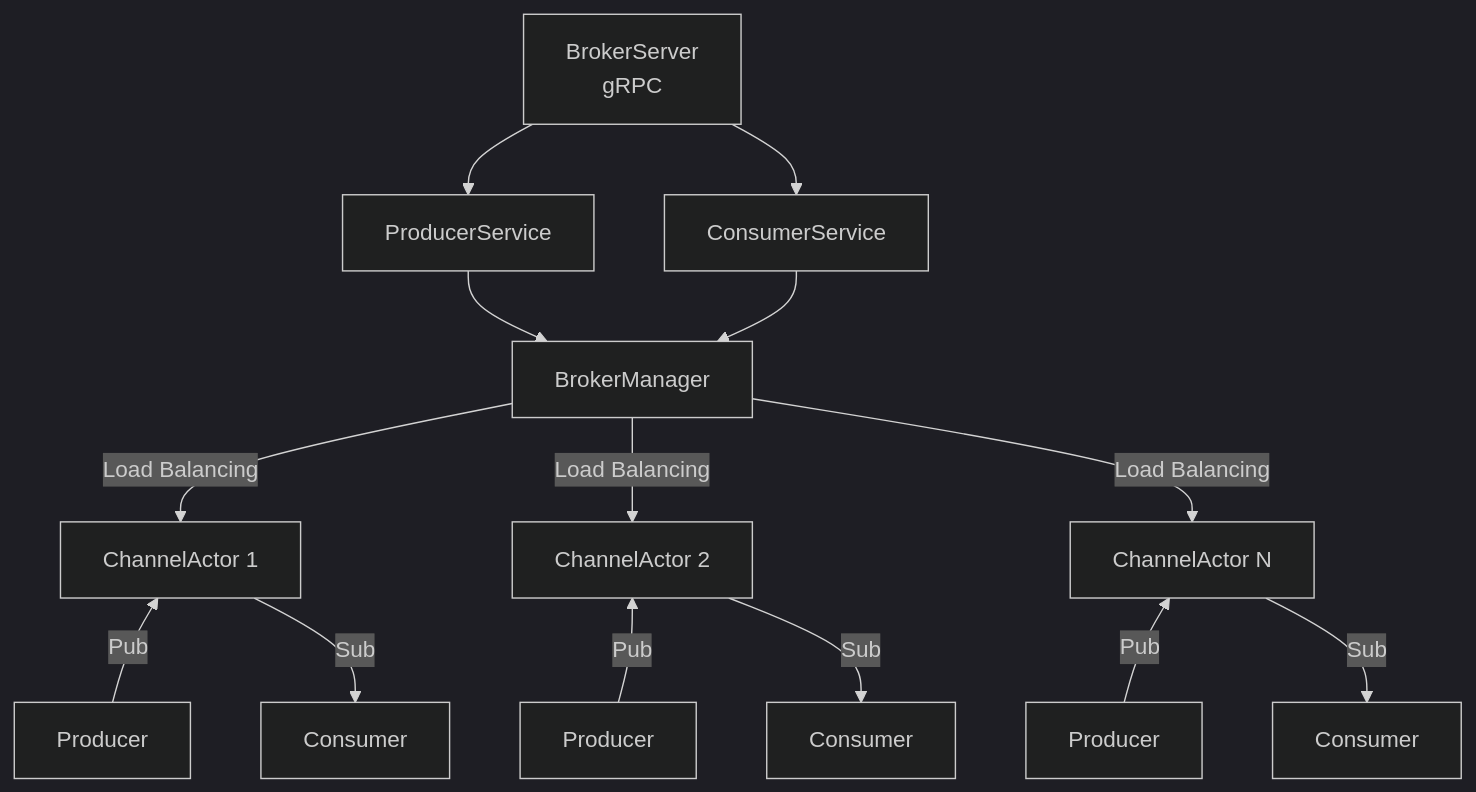
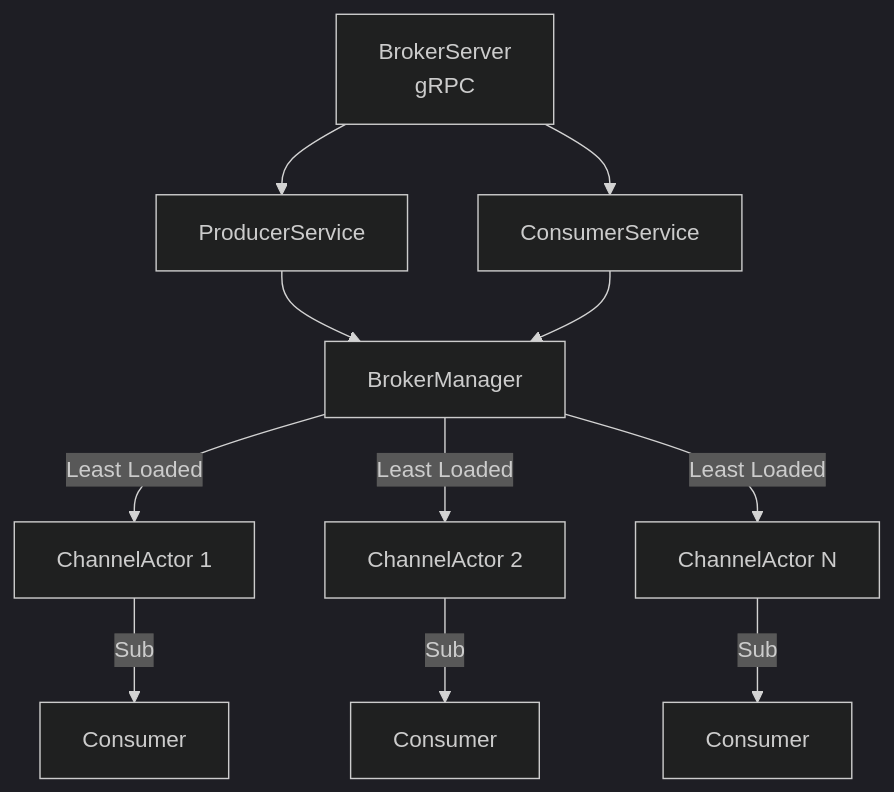
One commit to Jose-zapataguil/sentinel-pulse-broker changed the first of 2 diagrams in README.md. Above: the diagram before and after it, drawn with Mermaid (dark theme). The commit also changed other lines of this file and 12 other files, not shown here.

````diff
--- a/README.md
+++ b/README.md
@@ -21,20 +28,13 @@
 ```mermaid
 graph TD
     BS[BrokerServer<br/>gRPC] --> PS[ProducerService]
     BS --> CS[ConsumerService]
     PS --> BM[BrokerManager]
     CS --> BM
-    BM -->|"Load Balancing"| CA1[ChannelActor 1]
-    BM -->|"Load Balancing"| CA2[ChannelActor 2]
-    BM -->|"Load Balancing"| CA3[ChannelActor N]
-    CA1 ~~~ P1[Producer] -->|"Pub"| CA1
-    P1[Producer] ~~~ CA1
-    CA1[ChannelActor 1] --> |"Sub"| C1[Consumer]
-    CA2 ~~~ P2[Producer] -->|"Pub"| CA2
-    P2[Producer] ~~~ CA2
-    CA2[ChannelActor 2] --> |"Sub"| C2[Consumer]
-    CA3 ~~~ P3[Producer] -->|"Pub"| CA3
-    P3[Producer] ~~~ CA3
-    CA3[ChannelActor N] --> |"Sub"| C3[Consumer]
-
+    BM -->|"Least Loaded"| CA1[ChannelActor 1]
+    BM -->|"Least Loaded"| CA2[ChannelActor 2]
+    BM -->|"Least Loaded"| CA3[ChannelActor N]
+    CA1 --> |"Sub"| C1[Consumer]
+    CA2 --> |"Sub"| C2[Consumer]
+    CA3 --> |"Sub"| C3[Consumer]
 ```
````
